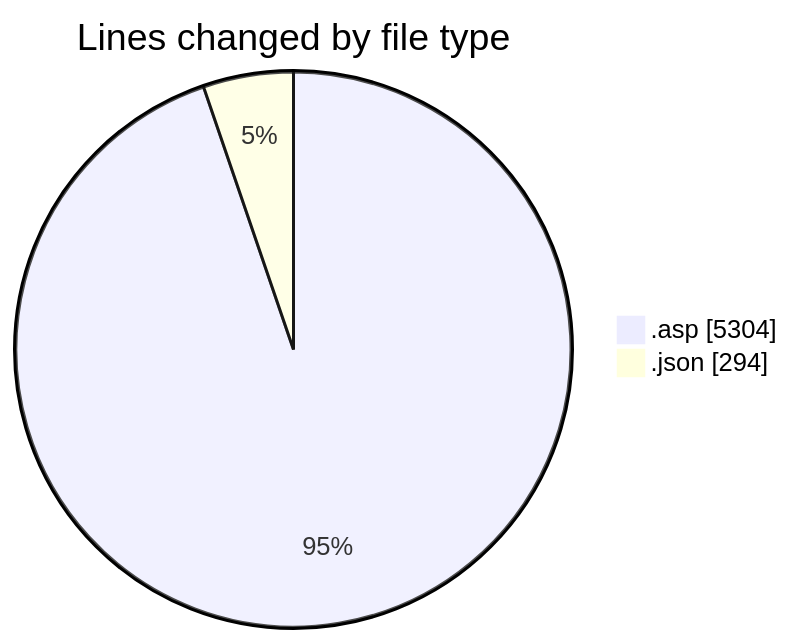
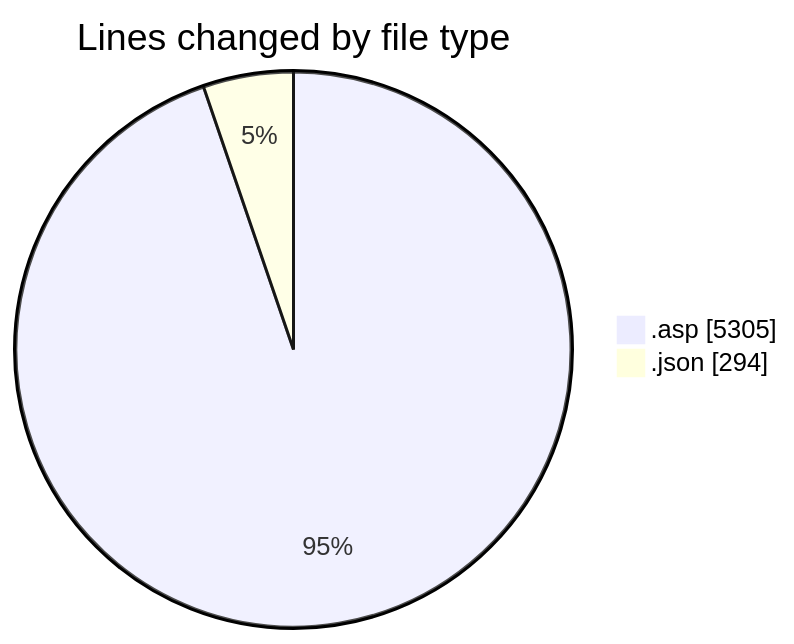
Before and after one commit to julien-gomy/code-tracking: the first of 2 diagrams in 2025-10-27/usr_aleoudev_fr__workspace_/README.md, drawn with Mermaid. The commit also changed other lines of this file and 1 other file, not shown here.

````diff
--- a/2025-10-27/usr_aleoudev_fr__workspace_/README.md
+++ b/2025-10-27/usr_aleoudev_fr__workspace_/README.md
@@ -26,6 +26,6 @@
 ```mermaid
 pie showData
 title Lines changed by file type
-".asp" : 5304
+".asp" : 5305
 ".json" : 294
 ```
````
